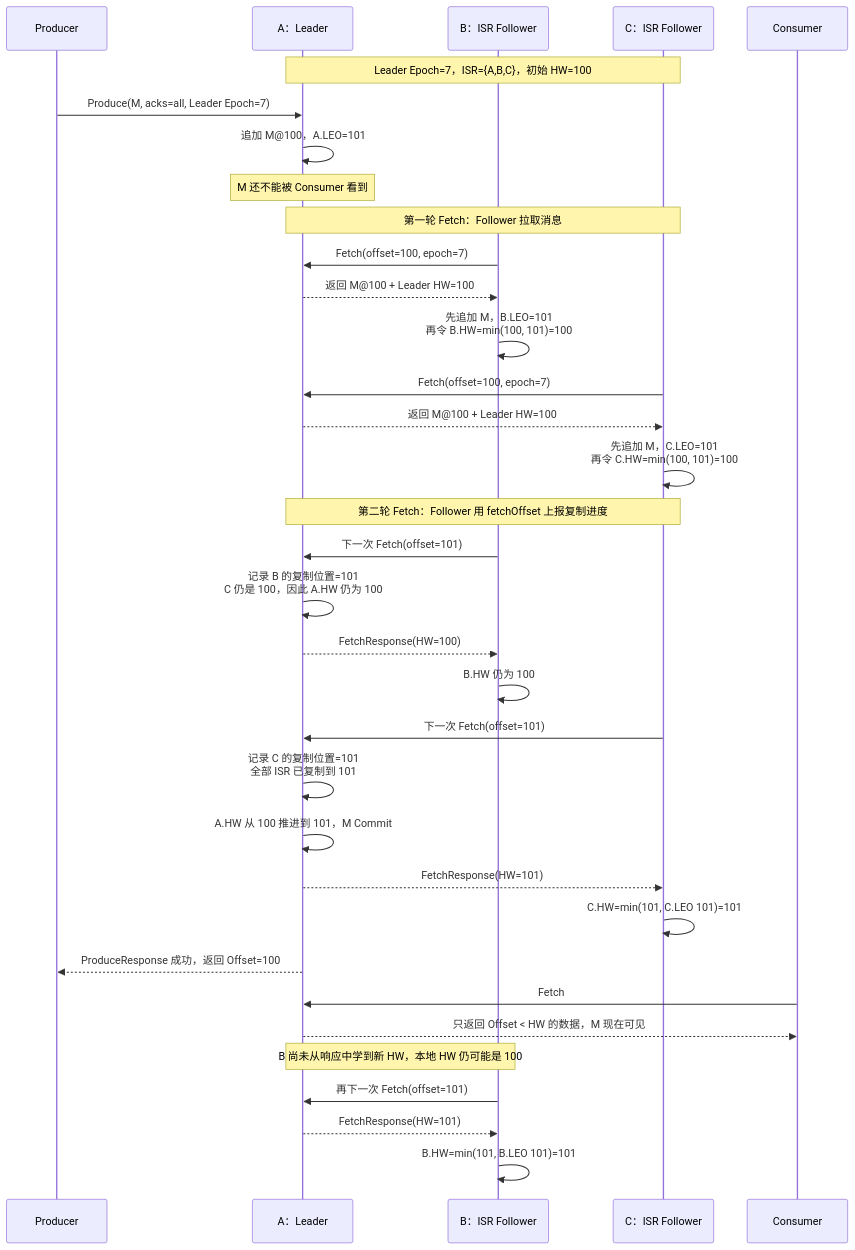
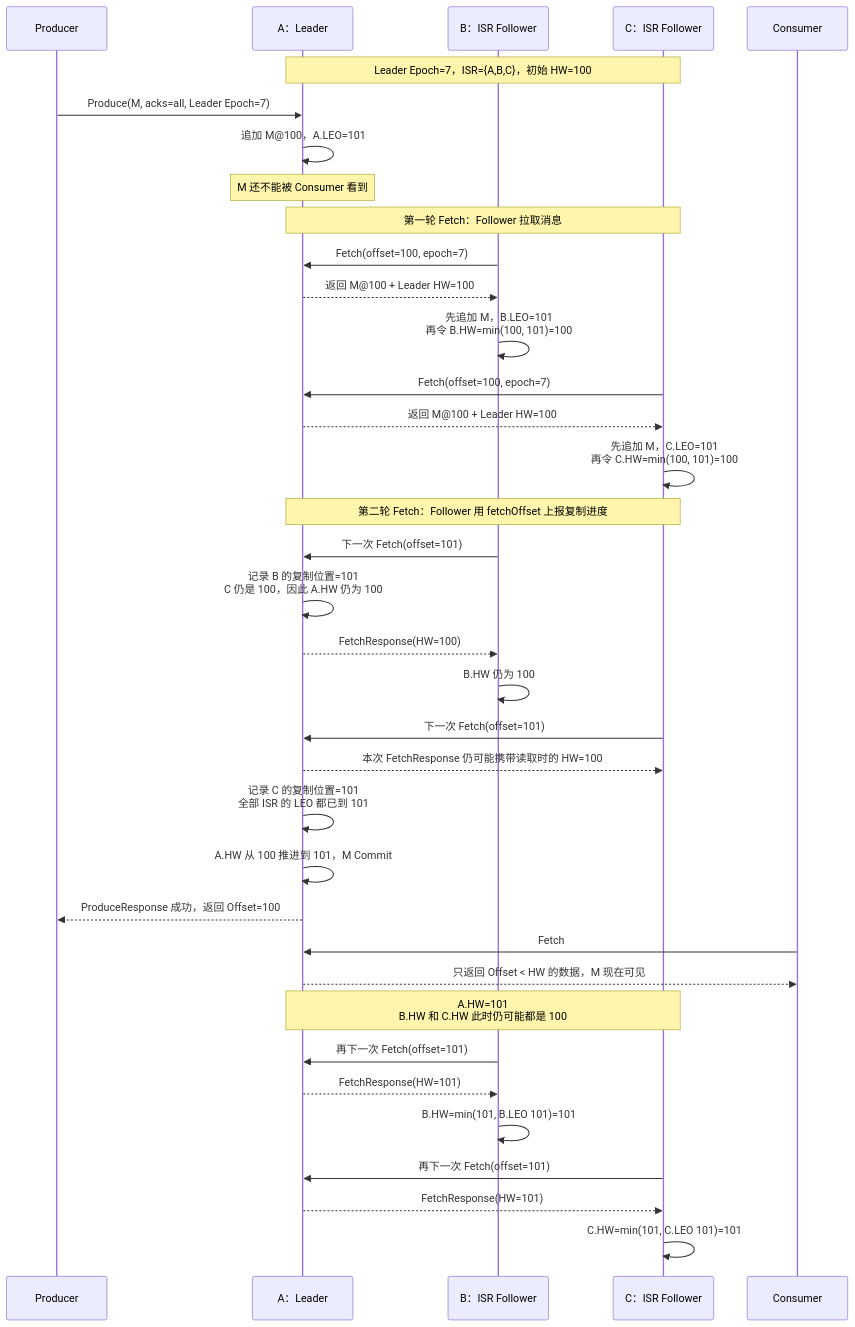
Before and after one commit to hotttao/backup: the first of 8 diagrams in posts/microservices/queue/012_kafka_implementation.md, drawn with Mermaid. The commit also changed other lines of this file and 11 other files, not shown here.

````diff
--- a/posts/microservices/queue/012_kafka_implementation.md
+++ b/posts/microservices/queue/012_kafka_implementation.md
@@ -135,43 +135,45 @@
 ```mermaid
 sequenceDiagram
     participant P as Producer
     participant A as A：Leader
     participant B as B：ISR Follower
     participant C as C：ISR Follower
     participant R as Consumer
 
     Note over A,C: Leader Epoch=7，ISR={A,B,C}，初始 HW=100
     P->>A: Produce(M, acks=all, Leader Epoch=7)
     A->>A: 追加 M@100，A.LEO=101
     Note over A: M 还不能被 Consumer 看到
 
     Note over A,C: 第一轮 Fetch：Follower 拉取消息
     B->>A: Fetch(offset=100, epoch=7)
     A-->>B: 返回 M@100 + Leader HW=100
     B->>B: 先追加 M，B.LEO=101<br/>再令 B.HW=min(100, 101)=100
 
     C->>A: Fetch(offset=100, epoch=7)
     A-->>C: 返回 M@100 + Leader HW=100
     C->>C: 先追加 M，C.LEO=101<br/>再令 C.HW=min(100, 101)=100
 
     Note over A,C: 第二轮 Fetch：Follower 用 fetchOffset 上报复制进度
     B->>A: 下一次 Fetch(offset=101)
     A->>A: 记录 B 的复制位置=101<br/>C 仍是 100，因此 A.HW 仍为 100
     A-->>B: FetchResponse(HW=100)
     B->>B: B.HW 仍为 100
 
     C->>A: 下一次 Fetch(offset=101)
-    A->>A: 记录 C 的复制位置=101<br/>全部 ISR 已复制到 101
+    A-->>C: 本次 FetchResponse 仍可能携带读取时的 HW=100
+    A->>A: 记录 C 的复制位置=101<br/>全部 ISR 的 LEO 都已到 101
     A->>A: A.HW 从 100 推进到 101，M Commit
-    A-->>C: FetchResponse(HW=101)
-    C->>C: C.HW=min(101, C.LEO 101)=101
     A-->>P: ProduceResponse 成功，返回 Offset=100
 
     R->>A: Fetch
     A-->>R: 只返回 Offset < HW 的数据，M 现在可见
 
-    Note over A,B: B 尚未从响应中学到新 HW，本地 HW 仍可能是 100
+    Note over A,C: A.HW=101<br/>B.HW 和 C.HW 此时仍可能都是 100
     B->>A: 再下一次 Fetch(offset=101)
     A-->>B: FetchResponse(HW=101)
     B->>B: B.HW=min(101, B.LEO 101)=101
+    C->>A: 再下一次 Fetch(offset=101)
+    A-->>C: FetchResponse(HW=101)
+    C->>C: C.HW=min(101, C.LEO 101)=101
 ```
````
